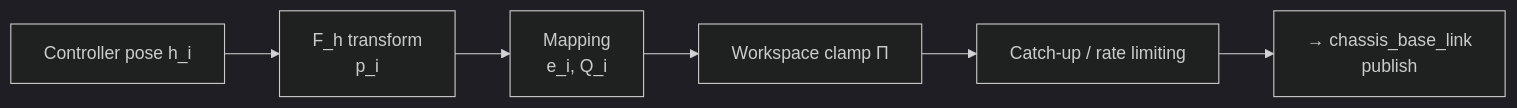
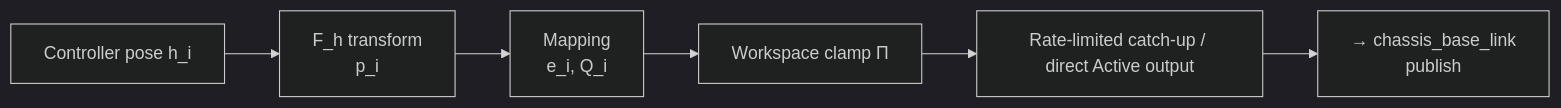
The fifth of 6 diagrams in lookie_teleop/docs/vr_teleop_dev_design.md (AgilexOpensource/lookie_ros), drawn with Mermaid (dark theme) before and after one commit. The commit also changed other lines of this file and 23 other files, not shown here.

````diff
--- a/lookie_teleop/docs/vr_teleop_dev_design.md
+++ b/lookie_teleop/docs/vr_teleop_dev_design.md
@@ -368,4 +373,4 @@
 ```mermaid
 flowchart LR
-    A["Controller pose h_i"] --> B["F_h transform<br/>p_i"] --> C["Mapping<br/>e_i, Q_i"] --> D["Workspace clamp Π"] --> E["Catch-up / rate limiting"] --> G["→ chassis_base_link<br/>publish"]
+    A["Controller pose h_i"] --> B["F_h transform<br/>p_i"] --> C["Mapping<br/>e_i, Q_i"] --> D["Workspace clamp Π"] --> E["Rate-limited catch-up / direct Active output"] --> G["→ chassis_base_link<br/>publish"]
 ```
````
